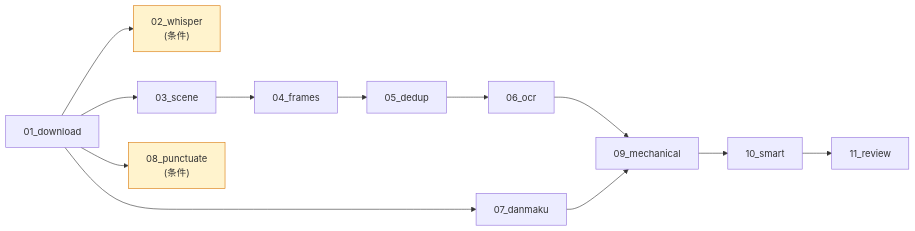
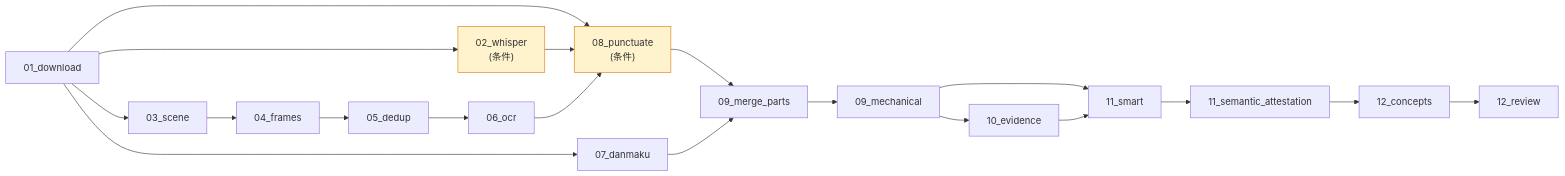
One commit to Gwzlchn/Flori changed the fifth of 8 diagrams in docs/01-architecture.md. Above: the diagram before and after it, drawn with Mermaid. The commit also changed other lines of this file and 18 other files, not shown here.

````diff
--- a/docs/01-architecture.md
+++ b/docs/01-architecture.md
@@ -178,22 +178,28 @@
 ```mermaid
 graph LR
     dl["01_download"]
 
     dl --> whisper["02_whisper<br/>(条件)"]
     dl --> scene["03_scene"]
     scene --> frames["04_frames"]
     frames --> dedup["05_dedup"]
     dedup --> ocr["06_ocr"]
 
     dl --> danmaku["07_danmaku"]
     dl --> punctuate["08_punctuate<br/>(条件)"]
+    whisper --> punctuate
+    ocr --> punctuate
 
-    ocr --> mechanical["09_mechanical"]
-    danmaku --> mechanical
-
-    mechanical --> smart["10_smart"]
-    smart --> review_v["11_review"]
+    punctuate --> merge["09_merge_parts"]
+    danmaku --> merge
+    merge --> mechanical["09_mechanical"]
+    mechanical --> evidence["10_evidence"]
+    mechanical --> smart["11_smart"]
+    evidence --> smart
+    smart --> attest["11_semantic_attestation"]
+    attest --> concepts["12_concepts"]
+    concepts --> review_v["12_review"]
 
     style whisper fill:#fff3cd,stroke:#d97706
     style punctuate fill:#fff3cd,stroke:#d97706
 ```
````
